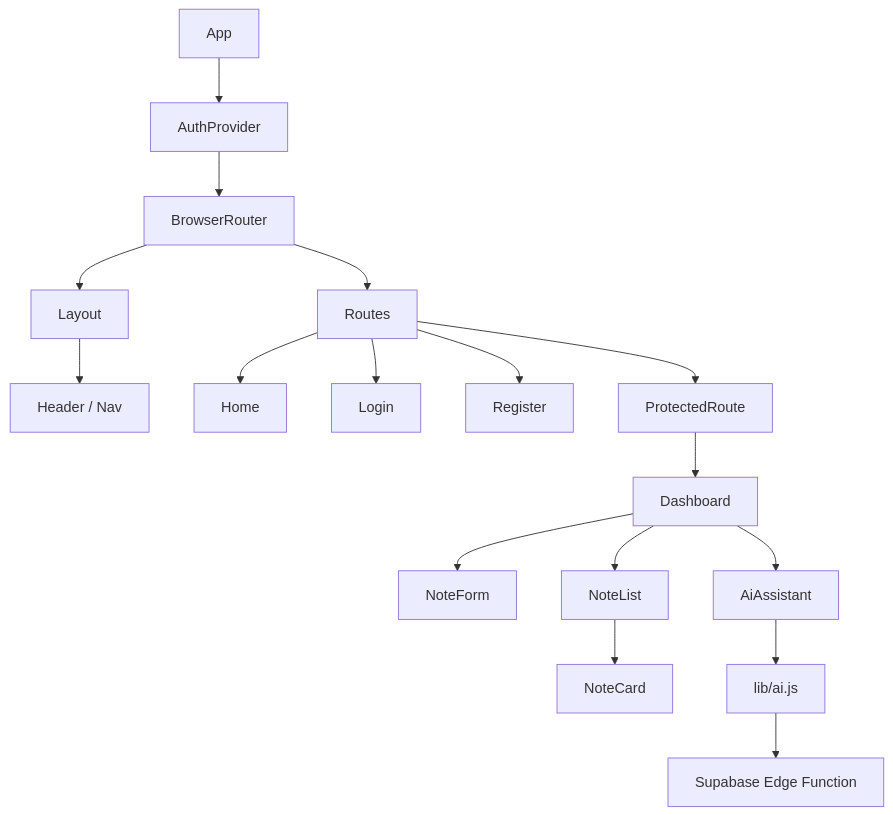
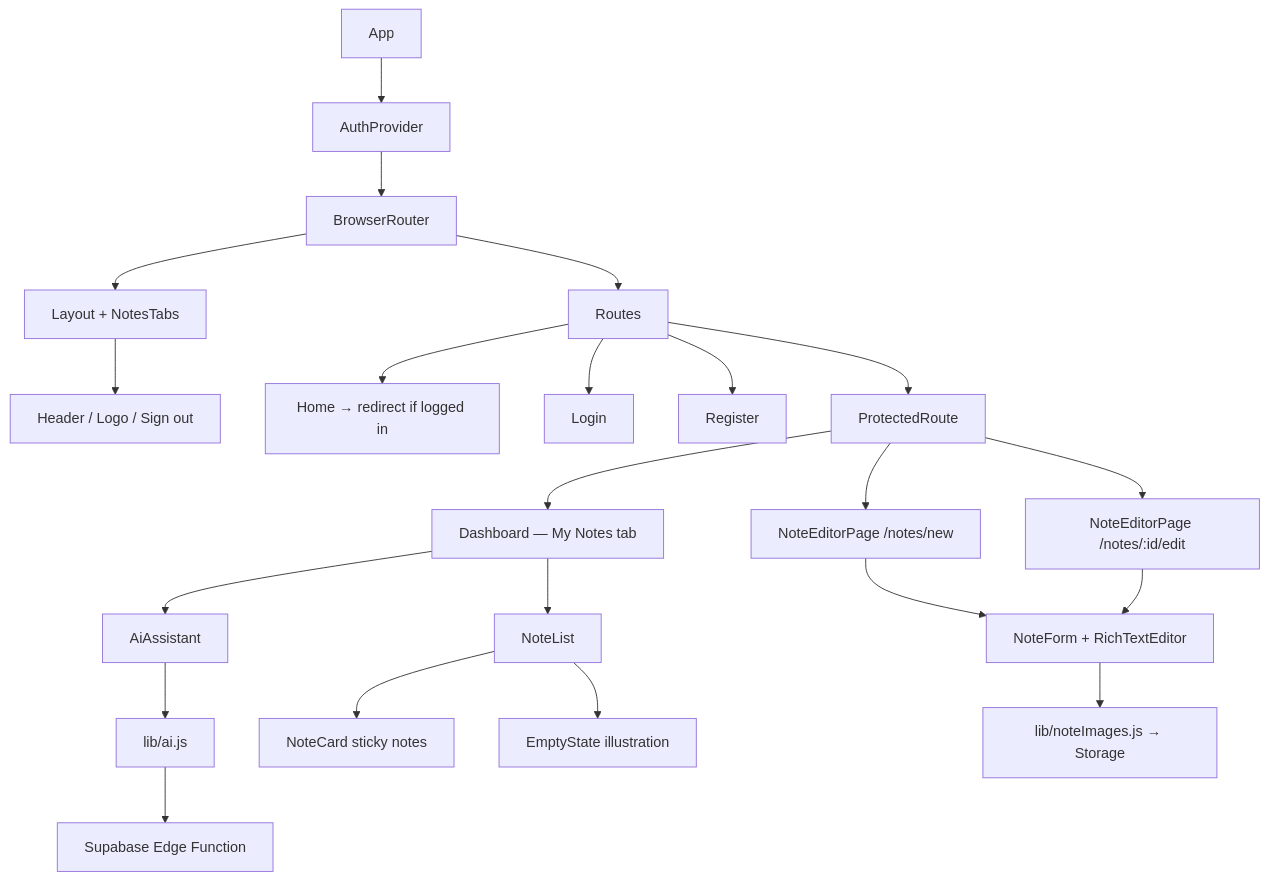
One commit to Angelica-Vides/Lumenote changed diagram 15 of 18 in DIAGRAMS.md. Above: the diagram before and after it, drawn with Mermaid. The commit also changed other lines of this file and 4 other files, not shown here.

First line of the commit message:
docs: sync planning and diagrams with current app architecture

````diff
--- a/DIAGRAMS.md
+++ b/DIAGRAMS.md
@@ -330,21 +356,26 @@
 ```mermaid
 flowchart TD
     APP[App] --> AUTHP[AuthProvider]
     AUTHP --> RT[BrowserRouter]
-    RT --> LAYOUT[Layout]
-    LAYOUT --> NAV[Header / Nav]
+    RT --> LAYOUT[Layout + NotesTabs]
+    LAYOUT --> NAV[Header / Logo / Sign out]
     RT --> ROUTES[Routes]
 
-    ROUTES --> HOME[Home]
+    ROUTES --> HOME[Home → redirect if logged in]
     ROUTES --> LOGIN[Login]
     ROUTES --> REGISTER[Register]
     ROUTES --> PROTECT[ProtectedRoute]
-    PROTECT --> DASH[Dashboard]
+    PROTECT --> DASH[Dashboard — My Notes tab]
+    PROTECT --> NEW[NoteEditorPage /notes/new]
+    PROTECT --> EDIT[NoteEditorPage /notes/:id/edit]
 
-    DASH --> FORM[NoteForm]
     DASH --> AI[AiAssistant]
     DASH --> LIST[NoteList]
-    LIST --> CARD[NoteCard]
+    LIST --> CARD[NoteCard sticky notes]
+    LIST --> EMPTY[EmptyState illustration]
+    NEW --> FORM[NoteForm + RichTextEditor]
+    EDIT --> FORM
+    FORM --> STOR[lib/noteImages.js → Storage]
     AI --> AILIB[lib/ai.js]
     AILIB --> FN[Supabase Edge Function]
 ```
````
